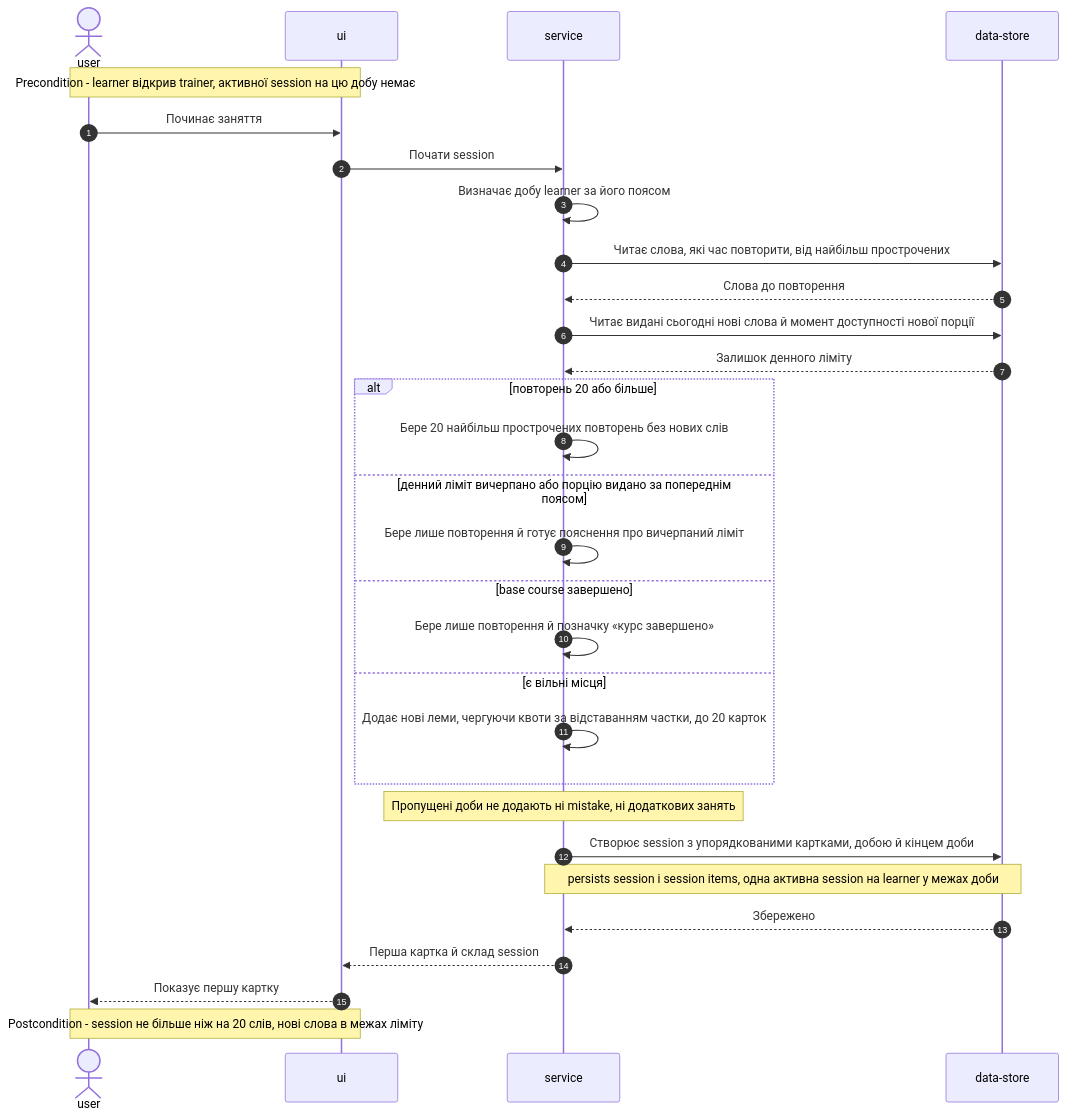
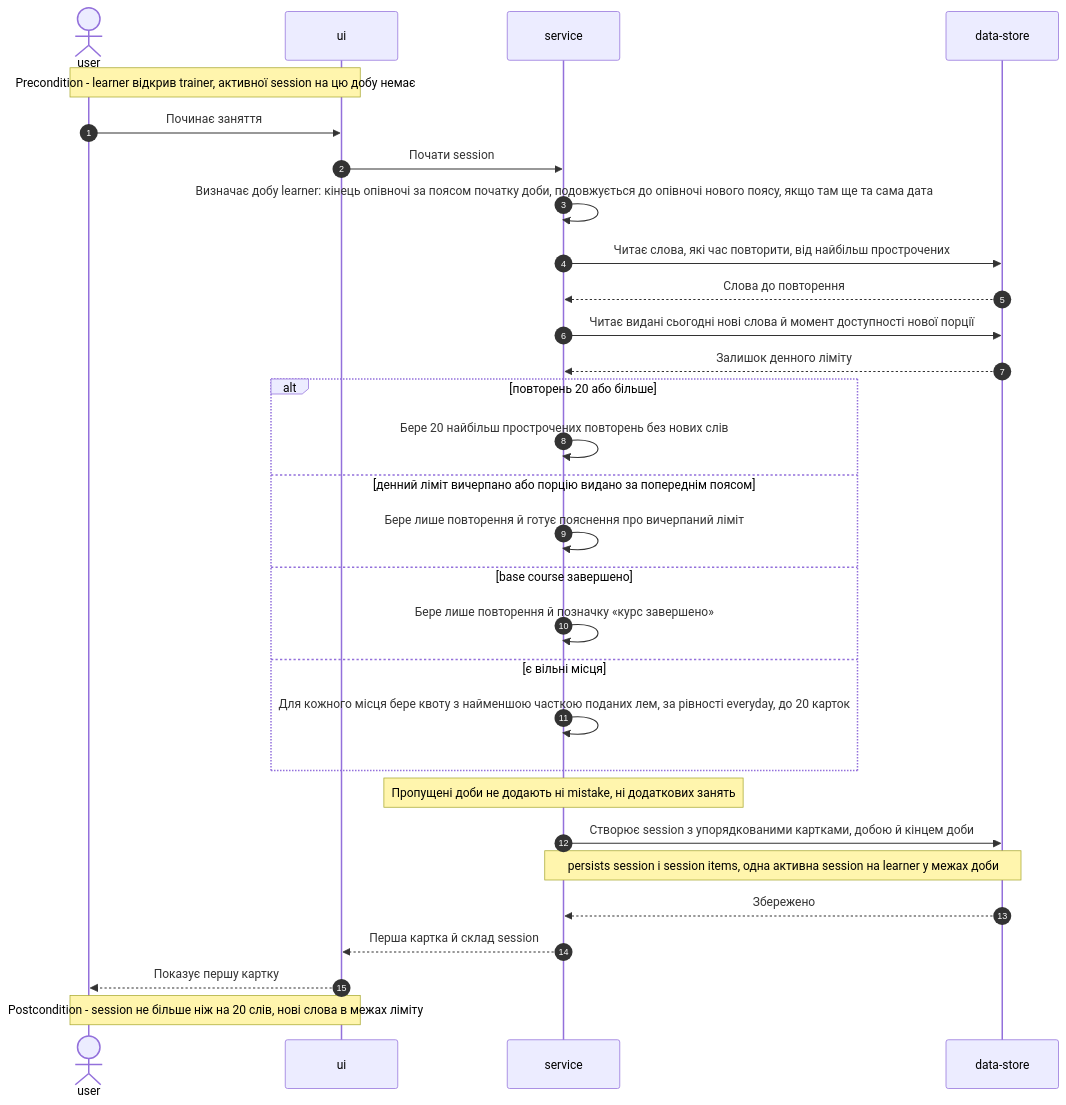
The sixth of 17 diagrams in docs/features/personal-trainer-mvp/sad.md (HeliosPersonal/constant-learning), drawn with Mermaid before and after one commit. The commit also changed other lines of this file and 7 other files, not shown here.

````diff
--- a/docs/features/personal-trainer-mvp/sad.md
+++ b/docs/features/personal-trainer-mvp/sad.md
@@ -240,33 +247,33 @@
 ```mermaid
 sequenceDiagram
     autonumber
     actor U as user
     participant UI as ui
     participant S as service
     participant D as data-store
 
     Note over U,UI: Precondition - learner відкрив trainer, активної session на цю добу немає
     U->>UI: Починає заняття
     UI->>S: Почати session
-    S->>S: Визначає добу learner за його поясом
+    S->>S: Визначає добу learner: кінець опівночі за поясом початку доби, подовжується до опівночі нового поясу, якщо там ще та сама дата
     S->>D: Читає слова, які час повторити, від найбільш прострочених
     D-->>S: Слова до повторення
     S->>D: Читає видані сьогодні нові слова й момент доступності нової порції
     D-->>S: Залишок денного ліміту
     alt повторень 20 або більше
         S->>S: Бере 20 найбільш прострочених повторень без нових слів
     else денний ліміт вичерпано або порцію видано за попереднім поясом
         S->>S: Бере лише повторення й готує пояснення про вичерпаний ліміт
     else base course завершено
         S->>S: Бере лише повторення й позначку «курс завершено»
     else є вільні місця
-        S->>S: Додає нові леми, чергуючи квоти за відставанням частки, до 20 карток
+        S->>S: Для кожного місця бере квоту з найменшою часткою поданих лем, за рівності everyday, до 20 карток
     end
     Note over S: Пропущені доби не додають ні mistake, ні додаткових занять
     S->>D: Створює session з упорядкованими картками, добою й кінцем доби
     Note over S,D: persists session і session items, одна активна session на learner у межах доби
     D-->>S: Збережено
     S-->>UI: Перша картка й склад session
     UI-->>U: Показує першу картку
     Note over U,UI: Postcondition - session не більше ніж на 20 слів, нові слова в межах ліміту
 ```
````
